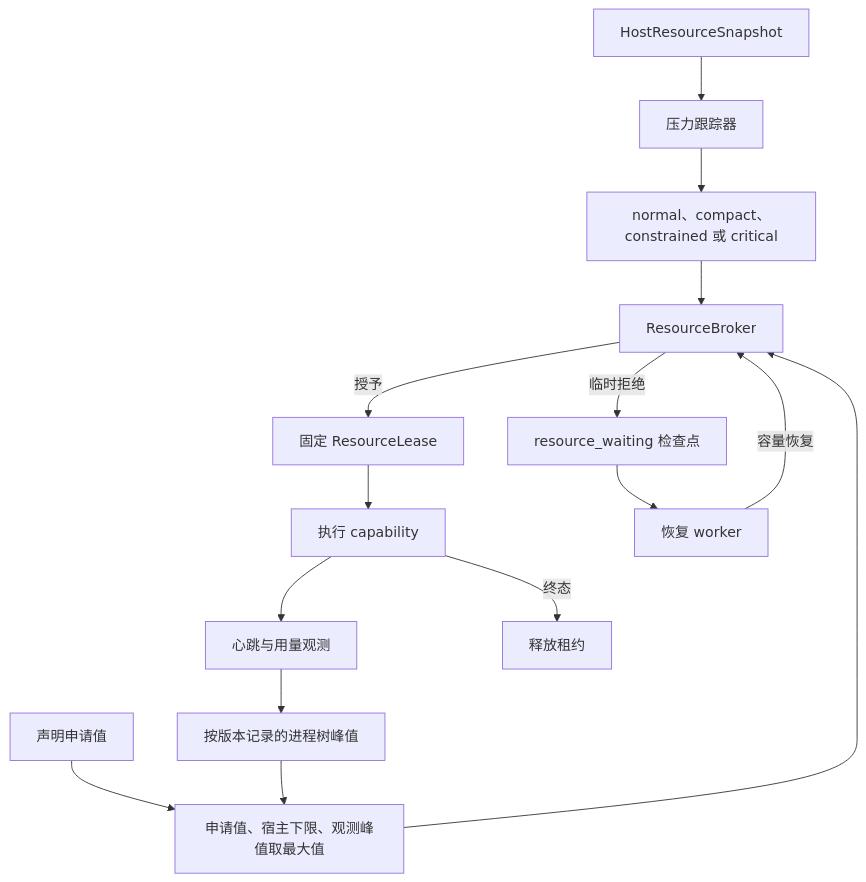
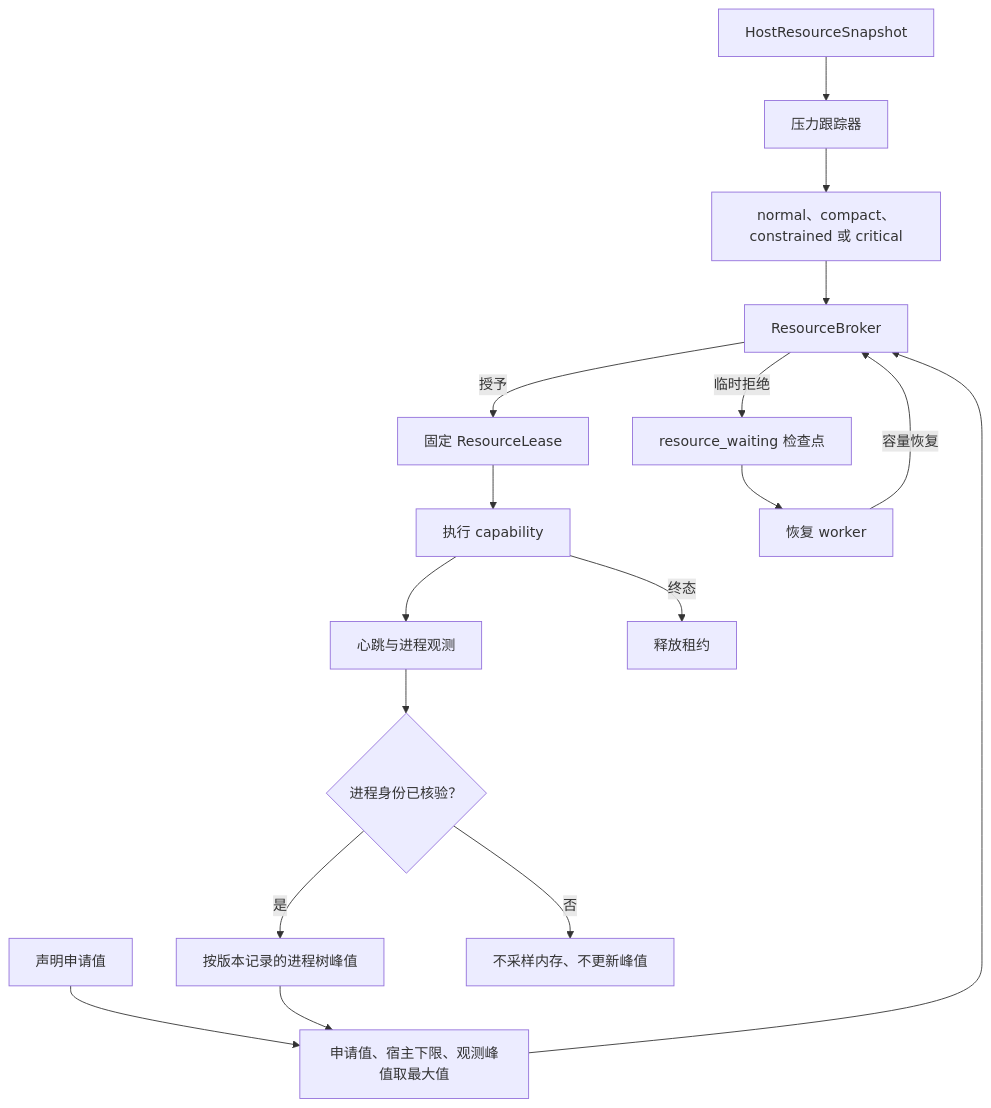
Before and after one commit to MatrixCoreX/RustClaw: the diagram in docs/architecture/16-runtime-resource-recovery.zh-CN.md, drawn with Mermaid. The commit also changed other lines of this file and 246 other files, not shown here.

````diff
--- a/docs/architecture/16-runtime-resource-recovery.zh-CN.md
+++ b/docs/architecture/16-runtime-resource-recovery.zh-CN.md
@@ -17,17 +17,19 @@
 ```mermaid
 flowchart TD
     S[HostResourceSnapshot] --> P[压力跟踪器]
     P --> T[normal、compact、constrained 或 critical]
     R[声明申请值] --> M[申请值、宿主下限、观测峰值取最大值]
     O[按版本记录的进程树峰值] --> M
     M --> B[ResourceBroker]
     T --> B
     B -->|授予| L[固定 ResourceLease]
     B -->|临时拒绝| W[resource_waiting 检查点]
     L --> X[执行 capability]
-    X --> H[心跳与用量观测]
-    H --> O
+    X --> H[心跳与进程观测]
+    H --> V{进程身份已核验？}
+    V -->|是| O
+    V -->|否| N[不采样内存、不更新峰值]
     X -->|终态| U[释放租约]
     W --> Q[恢复 worker]
     Q -->|容量恢复| B
 ```
````
